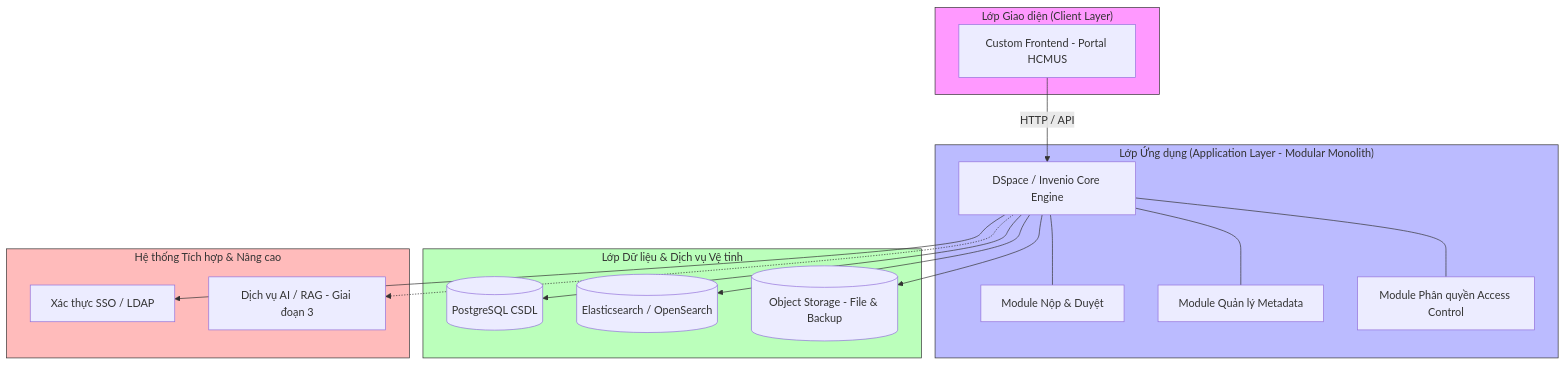
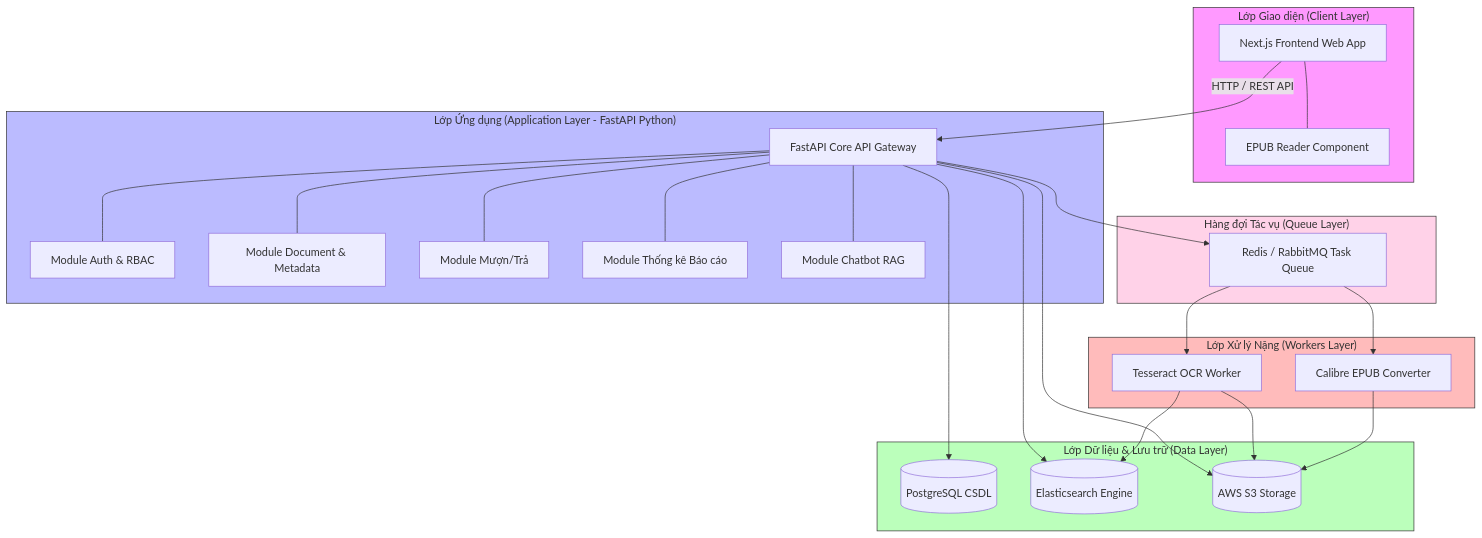
Before and after one commit to se-bros/hcmus-projectmanage--lab: the diagram in docs/images/system_architecture.mmd, drawn with Mermaid. The commit also changed 27 other files, not shown here.

```diff
--- a/docs/images/system_architecture.mmd
+++ b/docs/images/system_architecture.mmd
@@ -1,38 +1,53 @@
 graph TD
     subgraph ClientLayer ["Lớp Giao diện (Client Layer)"]
-        UI[Custom Frontend - Portal HCMUS]
+        UI[Next.js Frontend Web App]
+        Reader[EPUB Reader Component]
+        UI --- Reader
     end
     
-    subgraph AppLayer ["Lớp Ứng dụng (Application Layer - Modular Monolith)"]
-        Core[DSpace / Invenio Core Engine]
-        SubWork[Module Nộp & Duyệt]
-        SubMeta[Module Quản lý Metadata]
-        SubAccess[Module Phân quyền Access Control]
+    subgraph AppLayer ["Lớp Ứng dụng (Application Layer - FastAPI Python)"]
+        API[FastAPI Core API Gateway]
+        ModAuth[Module Auth & RBAC]
+        ModDoc[Module Document & Metadata]
+        ModBorrow[Module Mượn/Trả]
+        ModStat[Module Thống kê Báo cáo]
+        ModChat[Module Chatbot RAG]
         
-        Core --- SubWork
-        Core --- SubMeta
-        Core --- SubAccess
+        API --- ModAuth
+        API --- ModDoc
+        API --- ModBorrow
+        API --- ModStat
+        API --- ModChat
     end
     
-    subgraph DataLayer ["Lớp Dữ liệu & Dịch vụ Vệ tinh"]
+    subgraph QueueLayer ["Hàng đợi Tác vụ (Queue Layer)"]
+        MQ[Redis / RabbitMQ Task Queue]
+    end
+
+    subgraph WorkerLayer ["Lớp Xử lý Nặng (Workers Layer)"]
+        OCRWorker[Tesseract OCR Worker]
+        ConvWorker[Calibre EPUB Converter]
+    end
+
+    subgraph DataLayer ["Lớp Dữ liệu & Lưu trữ (Data Layer)"]
         DB[(PostgreSQL CSDL)]
-        Search[(Elasticsearch / OpenSearch)]
-        Storage[(Object Storage - File & Backup)]
+        Search[(Elasticsearch Engine)]
+        Storage[(AWS S3 Storage)]
     end
     
-    subgraph ExternalLayer ["Hệ thống Tích hợp & Nâng cao"]
-        SSO[Xác thực SSO / LDAP]
-        AI[Dịch vụ AI / RAG - Giai đoạn 3]
-    end
-    
-    UI -->|HTTP / API| Core
-    Core --> DB
-    Core --> Search
-    Core --> Storage
-    Core --> SSO
-    Core -.-> AI
+    UI -->|HTTP / REST API| API
+    API --> DB
+    API --> Storage
+    API --> Search
+    API --> MQ
+    MQ --> OCRWorker
+    MQ --> ConvWorker
+    OCRWorker --> Storage
+    ConvWorker --> Storage
+    OCRWorker --> Search
     
     style ClientLayer fill:#f9f,stroke:#333;
     style AppLayer fill:#bbf,stroke:#333;
+    style QueueLayer fill:#ffd2e8,stroke:#333;
+    style WorkerLayer fill:#fbb,stroke:#333;
     style DataLayer fill:#bfb,stroke:#333;
-    style ExternalLayer fill:#fbb,stroke:#333;
```
